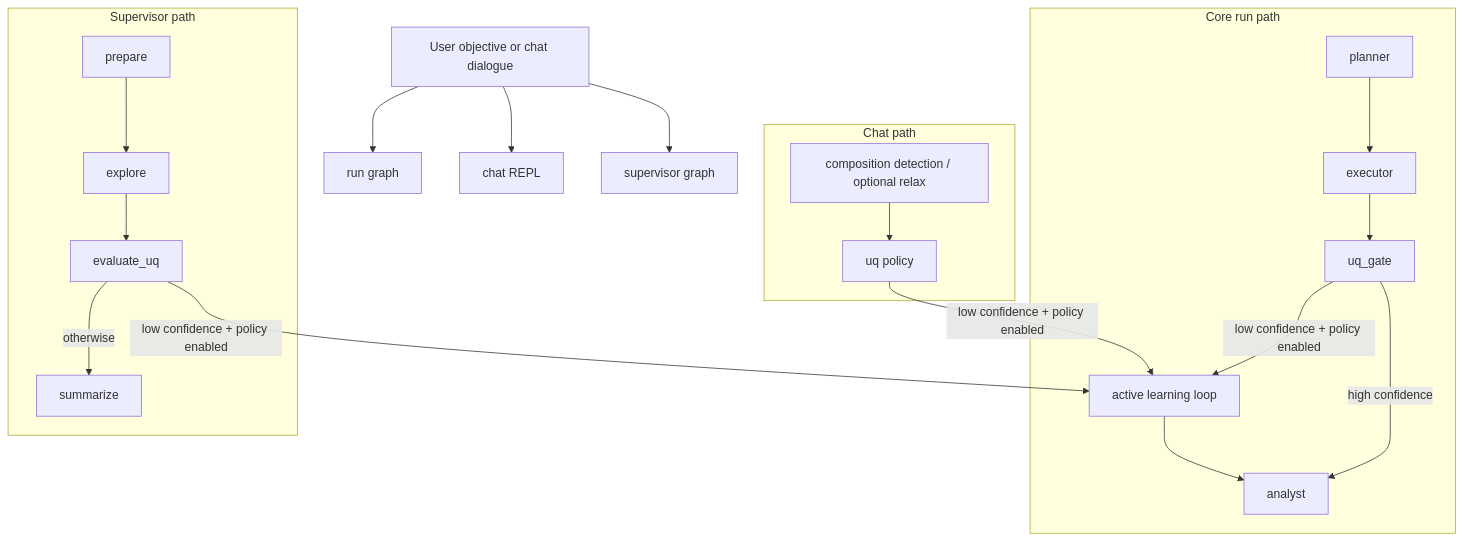
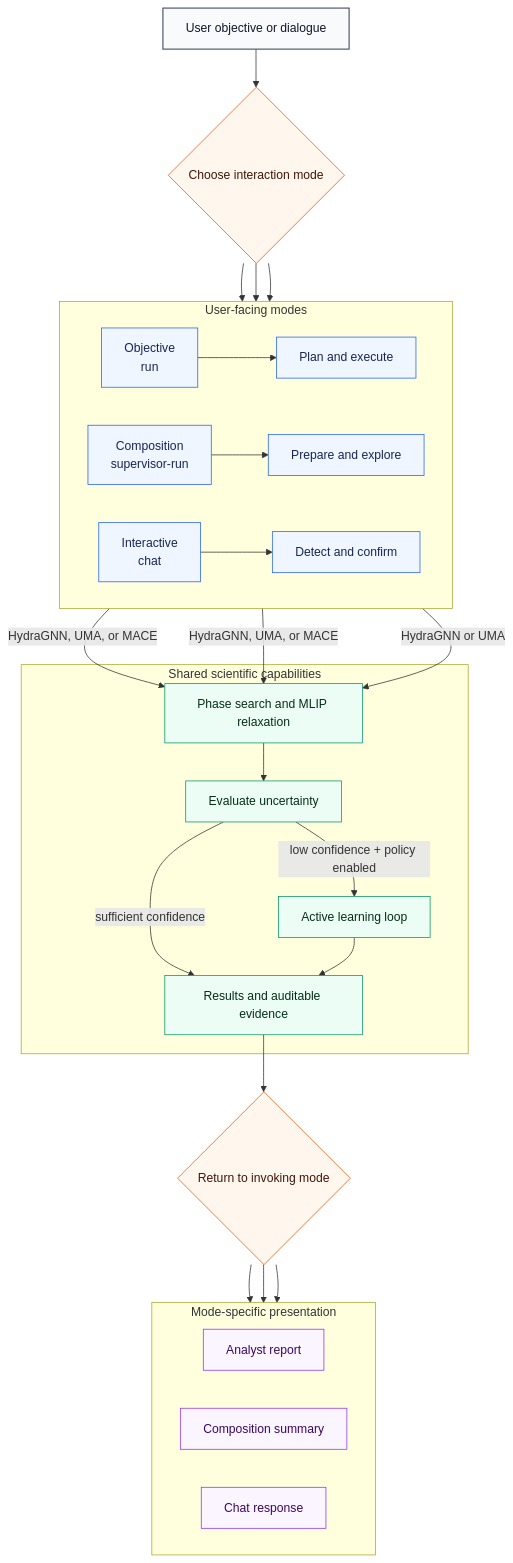
Before and after one commit to ORNL/matsim-agents: the diagram in docs/workflows/agentic-ai-workflow.md, drawn with Mermaid. The commit also changed other lines of this file and 131 other files, not shown here.

````diff
--- a/docs/workflows/agentic-ai-workflow.md
+++ b/docs/workflows/agentic-ai-workflow.md
@@ -7,27 +7,55 @@
 ```mermaid
 flowchart TD
-    U[User objective or chat dialogue]
-    U --> R[run graph]
-    U --> C[chat REPL]
-    U --> S[supervisor graph]
+    U[User objective or dialogue] --> G{Choose interaction mode}
 
-    subgraph RPATH[Core run path]
-      RP[planner] --> RE[executor]
-      RE --> RU[uq_gate]
-      RU -->|high confidence| RA[analyst]
-      RU -->|low confidence + policy enabled| AL[active learning loop]
-      AL --> RA
+    subgraph MODES[User-facing modes]
+      direction LR
+      O[Objective<br/>run] --> OP[Plan and execute]
+      P[Composition<br/>supervisor-run] --> PP[Prepare and explore]
+      I[Interactive<br/>chat] --> IP[Detect and confirm]
     end
 
-    subgraph SPATH[Supervisor path]
-      SP[prepare] --> SX[explore]
-      SX --> SU[evaluate_uq]
-      SU -->|low confidence + policy enabled| AL
-      SU -->|otherwise| SS[summarize]
+    G --> O
+    G --> P
+    G --> I
+
+    OP -->|HydraGNN, UMA, or MACE| X
+    PP -->|HydraGNN, UMA, or MACE| X
+    IP -->|HydraGNN or UMA| X
+
+    subgraph SCIENCE[Shared scientific capabilities]
+      X[Phase search and MLIP relaxation]
+      Q[Evaluate uncertainty]
+      AL[Active learning loop]
+      E[Results and auditable evidence]
+
+      X --> Q
+      Q -->|low confidence + policy enabled| AL
+      Q -->|sufficient confidence| E
+      AL --> E
     end
 
-    subgraph CPATH[Chat path]
-      CC[composition detection / optional relax] --> CU[uq policy]
-      CU -->|low confidence + policy enabled| AL
+    E --> R{Return to invoking mode}
+
+    subgraph OUTPUTS[Mode-specific presentation]
+      direction LR
+      OA[Analyst report]
+      PS[Composition summary]
+      IR[Chat response]
     end
+
+    R --> OA
+    R --> PS
+    R --> IR
+
+    classDef entry fill:#f8fafc,stroke:#475569,color:#0f172a,stroke-width:1.5px
+    classDef mode fill:#eff6ff,stroke:#2563eb,color:#172554
+    classDef science fill:#ecfdf5,stroke:#059669,color:#052e16
+    classDef decision fill:#fff7ed,stroke:#ea580c,color:#431407
+    classDef output fill:#faf5ff,stroke:#9333ea,color:#3b0764
+    class U entry
+    class G,R decision
+    class O,OP,P,PP,I,IP mode
+    class X,Q,AL,E science
+    class OA,PS,IR output
 ```
````
